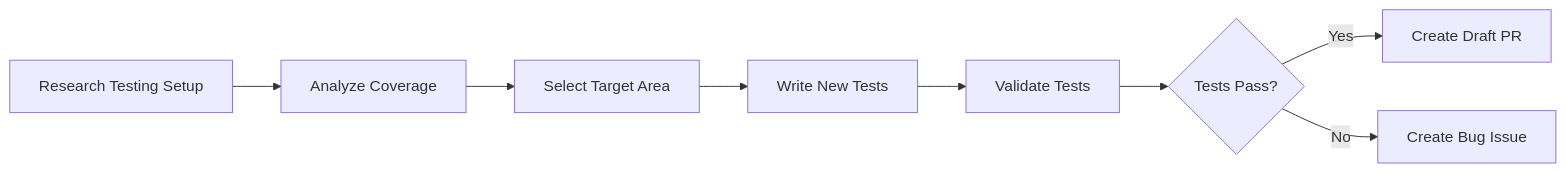
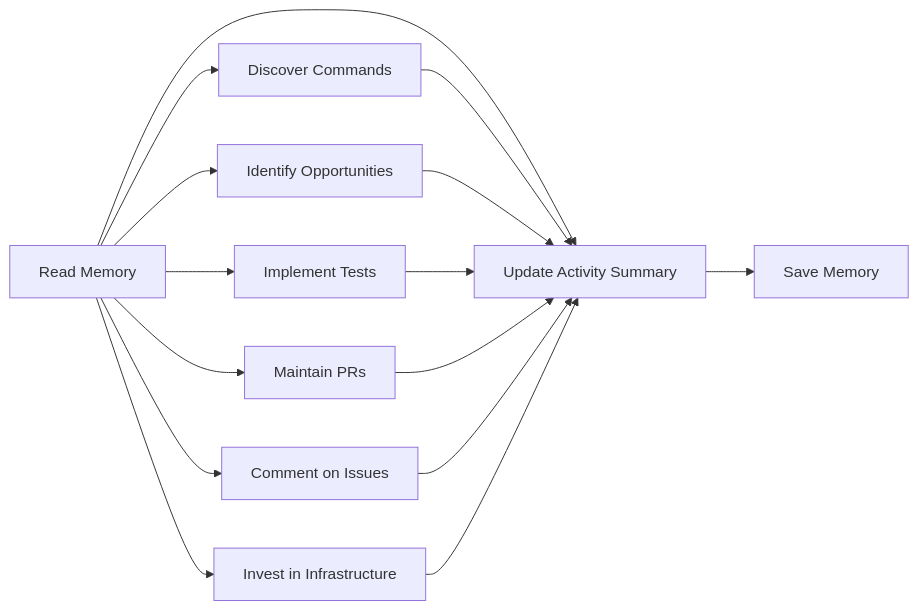
Before and after one commit to githubnext/agentics: the diagram in docs/daily-test-improver.md, drawn with Mermaid. The commit also changed other lines of this file and 19 other files, not shown here.

````diff
--- a/docs/daily-test-improver.md
+++ b/docs/daily-test-improver.md
@@ -23,10 +21,17 @@
 ```mermaid
 graph LR
-    A[Research Testing Setup] --> B[Analyze Coverage]
-    B --> C[Select Target Area]
-    C --> D[Write New Tests]
-    D --> E[Validate Tests]
-    E --> F{Tests Pass?}
-    F -->|Yes| G[Create Draft PR]
-    F -->|No| H[Create Bug Issue]
+    A[Read Memory] --> B[Discover Commands]
+    A --> C[Identify Opportunities]
+    A --> D[Implement Tests]
+    A --> E[Maintain PRs]
+    A --> F[Comment on Issues]
+    A --> G[Invest in Infrastructure]
+    A --> H[Update Activity Summary]
+    B --> H
+    C --> H
+    D --> H
+    E --> H
+    F --> H
+    G --> H
+    H --> I[Save Memory]
 ```
````
